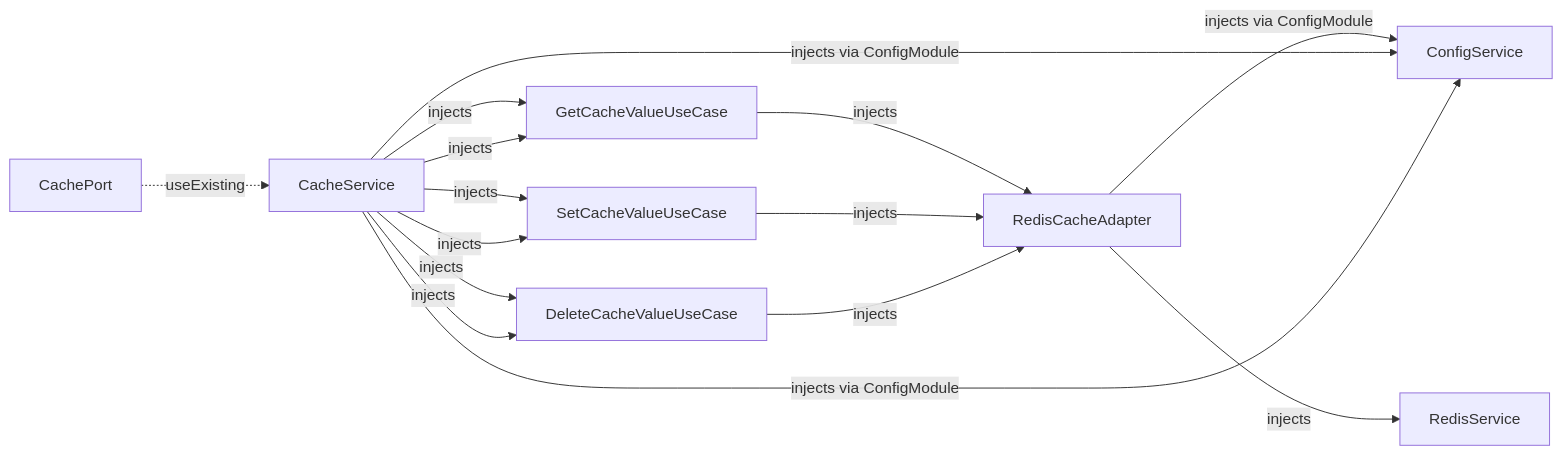
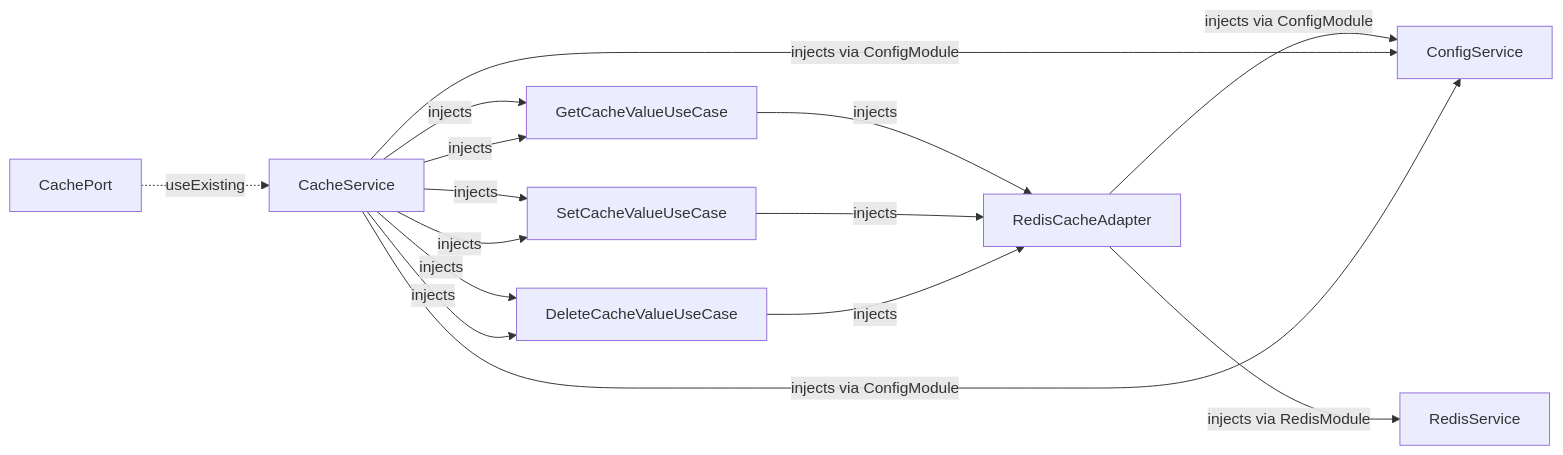
Diagram 11 of 22 in docs/DI-WIRING.md (ashrafemon/ddd-boilerplate), drawn with Mermaid before and after one commit. The commit also changed other lines of this file and 17 other files, not shown here.

Commit message:
refactor(infrastructure): replace cache module with Redis-only module

````diff
--- a/docs/DI-WIRING.md
+++ b/docs/DI-WIRING.md
@@ -598,25 +597,25 @@
 ```mermaid
 flowchart LR
     CachePort["CachePort"]
     CacheService["CacheService"]
     CachePort -.->|useExisting| CacheService
     RedisCacheAdapter["RedisCacheAdapter"]
     ConfigService["ConfigService"]
     RedisCacheAdapter -->|injects via ConfigModule| ConfigService
     RedisService["RedisService"]
-    RedisCacheAdapter -->|injects| RedisService
+    RedisCacheAdapter -->|injects via RedisModule| RedisService
     GetCacheValueUseCase["GetCacheValueUseCase"]
     GetCacheValueUseCase -->|injects| RedisCacheAdapter
     SetCacheValueUseCase["SetCacheValueUseCase"]
     SetCacheValueUseCase -->|injects| RedisCacheAdapter
     DeleteCacheValueUseCase["DeleteCacheValueUseCase"]
     DeleteCacheValueUseCase -->|injects| RedisCacheAdapter
     CacheService -->|injects| GetCacheValueUseCase
     CacheService -->|injects| SetCacheValueUseCase
     CacheService -->|injects| DeleteCacheValueUseCase
     CacheService -->|injects via ConfigModule| ConfigService
     CacheService -->|injects| GetCacheValueUseCase
     CacheService -->|injects| SetCacheValueUseCase
     CacheService -->|injects| DeleteCacheValueUseCase
     CacheService -->|injects via ConfigModule| ConfigService
 ```
````
